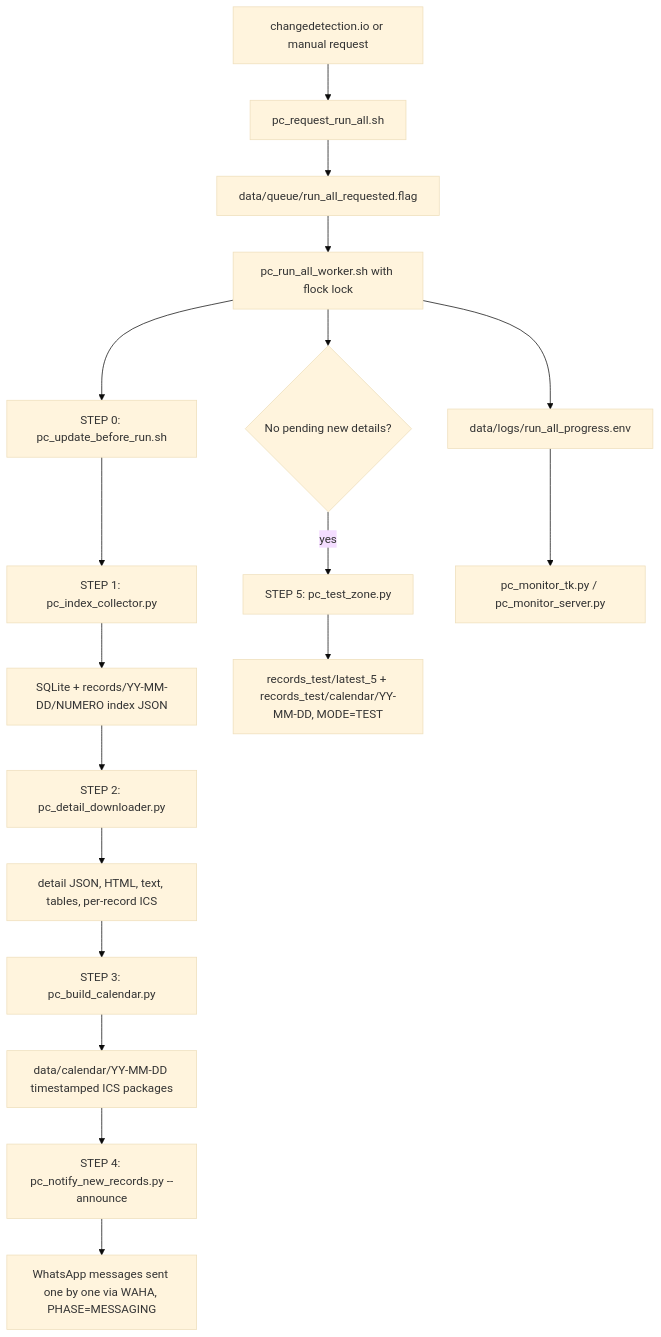
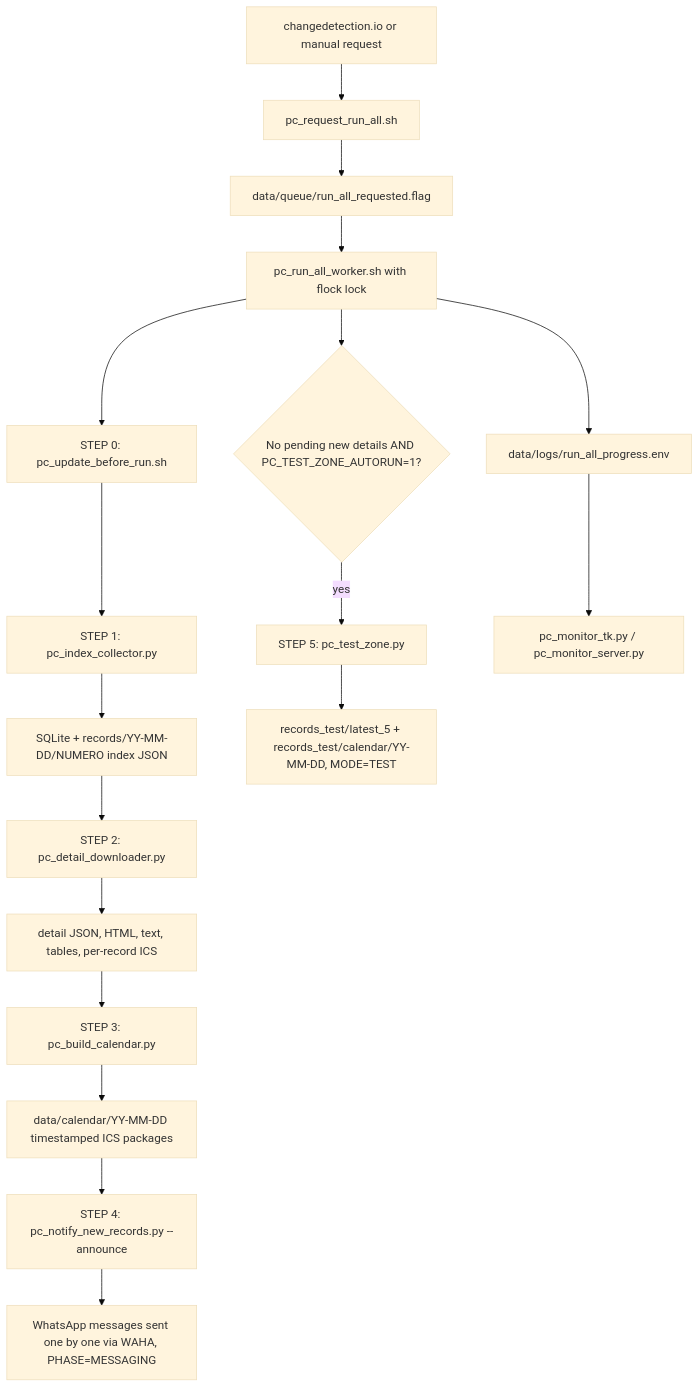
One commit to 413x-4rtur0/panamacompra-collector-backfill changed the diagram in README.md. Above: the diagram before and after it, drawn with Mermaid (base theme). The commit also changed other lines of this file and 3 other files, not shown here.

First line of the commit message:
Stop autostarting test zone; scrollable timer records; coherent ICS dates

````diff
--- a/README.md
+++ b/README.md
@@ -85,20 +85,20 @@
 ```mermaid
 flowchart TD
     A[changedetection.io or manual request] --> B[pc_request_run_all.sh]
     B --> C[data/queue/run_all_requested.flag]
     C --> D[pc_run_all_worker.sh with flock lock]
     D --> U[STEP 0: pc_update_before_run.sh]
     U --> E[STEP 1: pc_index_collector.py]
     E --> F[SQLite + records/YY-MM-DD/NUMERO index JSON]
     F --> G[STEP 2: pc_detail_downloader.py]
     G --> H[detail JSON, HTML, text, tables, per-record ICS]
     H --> I[STEP 3: pc_build_calendar.py]
     I --> J[data/calendar/YY-MM-DD timestamped ICS packages]
     J --> P[STEP 4: pc_notify_new_records.py --announce]
     P --> Q[WhatsApp messages sent one by one via WAHA, PHASE=MESSAGING]
-    D --> K{No pending new details?}
+    D --> K{No pending new details AND PC_TEST_ZONE_AUTORUN=1?}
     K -- yes --> L[STEP 5: pc_test_zone.py]
     L --> M[records_test/latest_5 + records_test/calendar/YY-MM-DD, MODE=TEST]
     D --> N[data/logs/run_all_progress.env]
     N --> O[pc_monitor_tk.py / pc_monitor_server.py]
 ```
````
